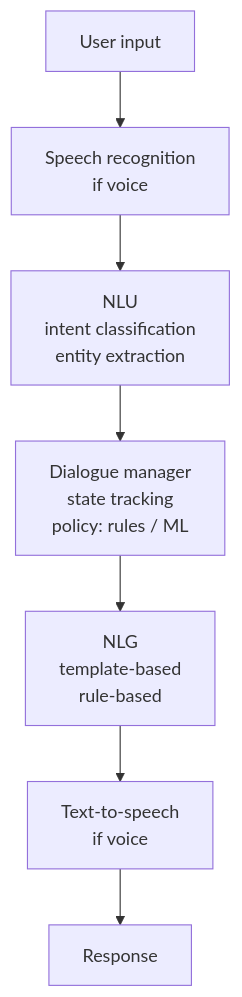
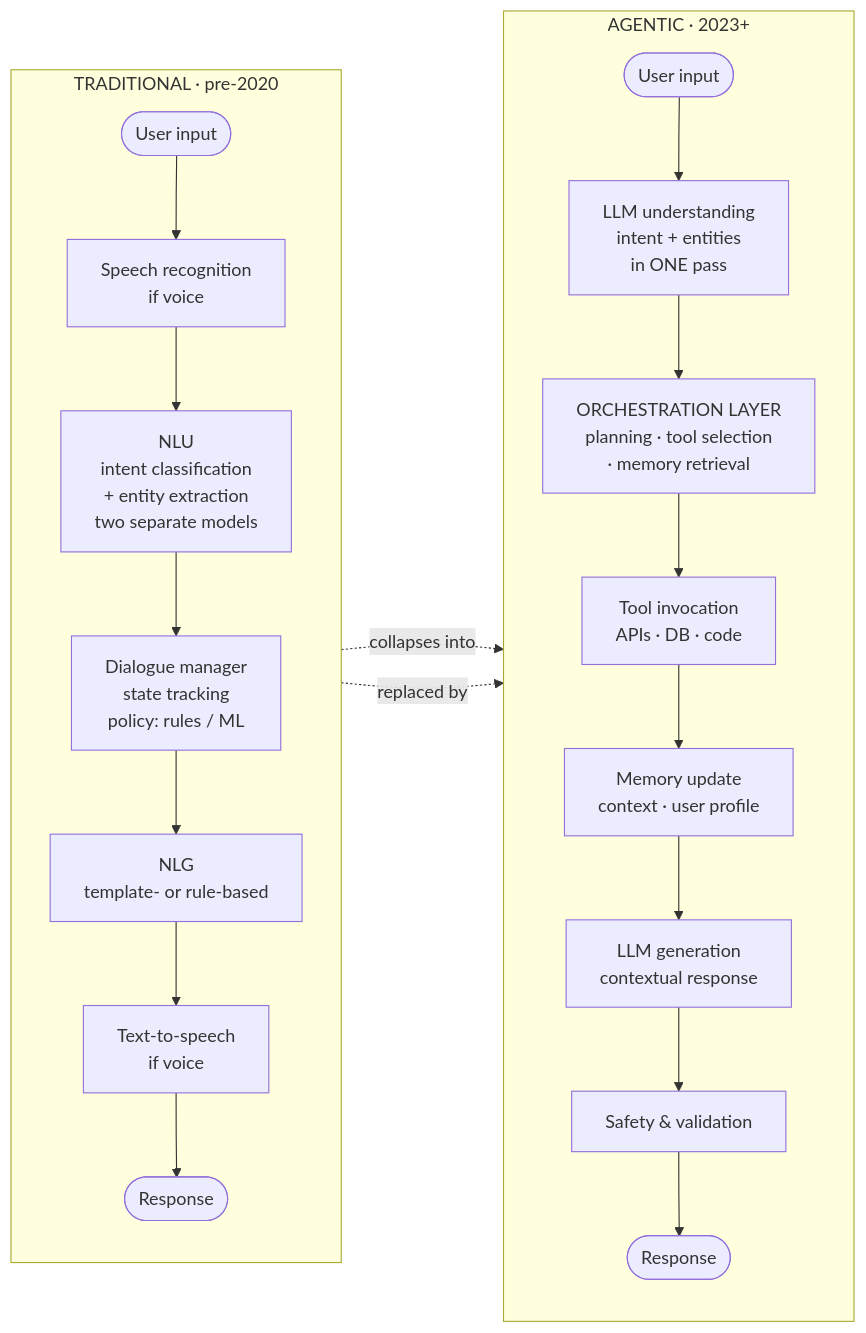
One commit to sanjaykumarpushadapu/MTech changed the third of 12 diagrams in 2026-2027-Sem1/AIMLCZG521-ConversationalAI/notes/S01-foundations.md. Above: the diagram before and after it, drawn with Mermaid. The commit also changed other lines of this file and 12 other files, not shown here.

Commit message:
Diagrams across all notes: 7 added to _shared/tokenization.md, stubs seeded, 73/73 validated

````diff
--- a/2026-2027-Sem1/AIMLCZG521-ConversationalAI/notes/S01-foundations.md
+++ b/2026-2027-Sem1/AIMLCZG521-ConversationalAI/notes/S01-foundations.md
@@ -116,9 +116,24 @@
 ```mermaid
-flowchart TD
-    U[User input] --> SR[Speech recognition<br/>if voice]
-    SR --> NLU["NLU<br/>intent classification<br/>entity extraction"]
-    NLU --> DM["Dialogue manager<br/>state tracking<br/>policy: rules / ML"]
-    DM --> NLG["NLG<br/>template-based<br/>rule-based"]
-    NLG --> TTS[Text-to-speech<br/>if voice]
-    TTS --> R[Response]
+flowchart LR
+    subgraph T["TRADITIONAL · pre-2020"]
+        direction TB
+        U1([User input]) --> SR["Speech recognition<br/>if voice"]
+        SR --> NLU["NLU<br/>intent classification<br/>+ entity extraction<br/>two separate models"]
+        NLU --> DM["Dialogue manager<br/>state tracking<br/>policy: rules / ML"]
+        DM --> NLG["NLG<br/>template- or rule-based"]
+        NLG --> TTS["Text-to-speech<br/>if voice"]
+        TTS --> R1([Response])
+    end
+    subgraph A["AGENTIC · 2023+"]
+        direction TB
+        U2([User input]) --> LLM["LLM understanding<br/>intent + entities<br/>in ONE pass"]
+        LLM --> ORC["ORCHESTRATION LAYER<br/>planning · tool selection<br/>· memory retrieval"]
+        ORC --> TOOL["Tool invocation<br/>APIs · DB · code"]
+        TOOL --> MEM["Memory update<br/>context · user profile"]
+        MEM --> GEN["LLM generation<br/>contextual response"]
+        GEN --> SAFE["Safety & validation"]
+        SAFE --> R2([Response])
+    end
+    NLU -.->|"collapses into"| LLM
+    DM -.->|"replaced by"| ORC
 ```
````
